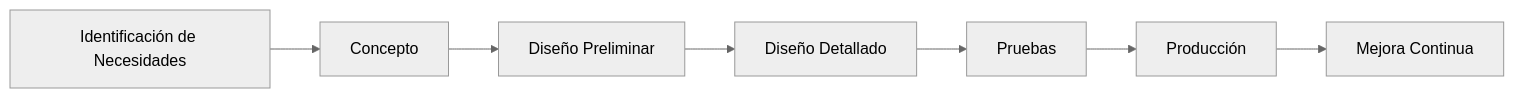
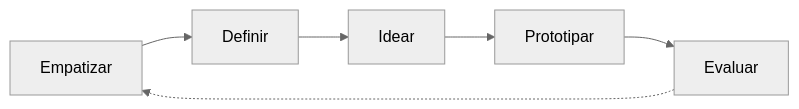
One commit to FCamaggi/gop-wiki changed the third of 6 diagrams in public/content/clases/07-resumen-diseno-de-productos-2025.04.10.md. Above: the diagram before and after it, drawn with Mermaid (neutral theme). The commit also changed other lines of this file and 36 other files, not shown here.

````diff
--- a/public/content/clases/07-resumen-diseno-de-productos-2025.04.10.md
+++ b/public/content/clases/07-resumen-diseno-de-productos-2025.04.10.md
@@ -21,9 +65,8 @@
 ```mermaid
 graph LR
-    A[Identificación de Necesidades] --> B[Concepto]
-    B --> C[Diseño Preliminar]
-    C --> D[Diseño Detallado]
-    D --> E[Pruebas]
-    E --> F[Producción]
-    F --> G[Mejora Continua]
+    A[Empatizar] --> B[Definir]
+    B --> C[Idear]
+    C --> D[Prototipar]
+    D --> E[Evaluar]
+    E -.-> A
 ```
````
